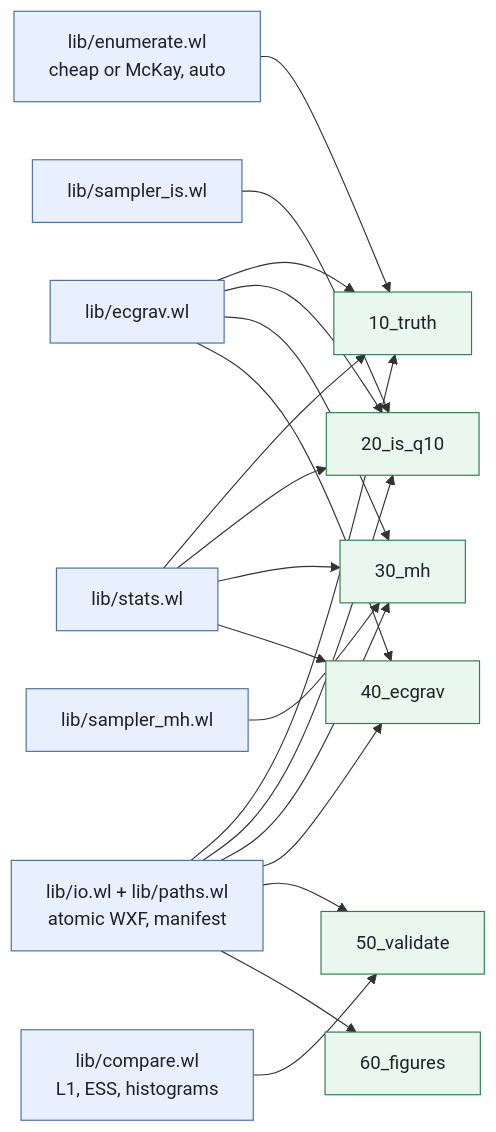
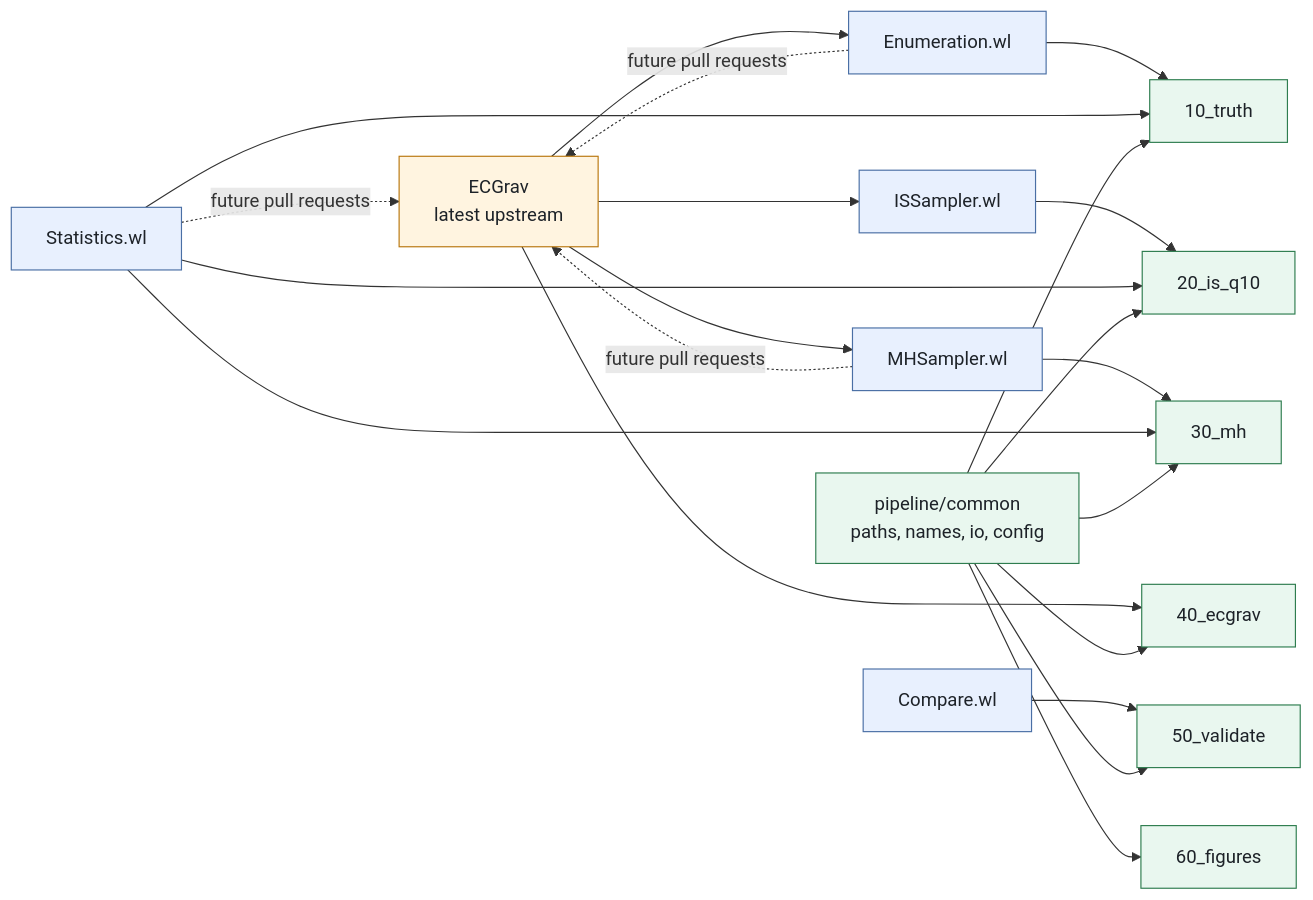
Before and after one commit to nraplee/CombResearch: the second of 3 diagrams in docs/architecture/ideal.md, drawn with Mermaid. The commit also changed other lines of this file and 4 other files, not shown here.

````diff
--- a/docs/architecture/ideal.md
+++ b/docs/architecture/ideal.md
@@ -78,28 +80,30 @@
 ```mermaid
 flowchart LR
+  classDef ecg fill:#fff4e0,stroke:#b9770e,color:#1d2228
   classDef lib fill:#e8f0fe,stroke:#4a6fa5,color:#1d2228
   classDef stage fill:#e9f7ef,stroke:#2e7d4f,color:#1d2228
 
-  LE["lib/ecgrav.wl"]:::lib
-  LEN["lib/enumerate.wl<br/>cheap or McKay, auto"]:::lib
-  LIS["lib/sampler_is.wl"]:::lib
-  LMH["lib/sampler_mh.wl"]:::lib
-  LS["lib/stats.wl"]:::lib
-  LIO["lib/io.wl + lib/paths.wl<br/>atomic WXF, manifest"]:::lib
-  LC["lib/compare.wl<br/>L1, ESS, histograms"]:::lib
+  ECG["ECGrav<br/>latest upstream"]:::ecg
+  EN["Enumeration.wl"]:::lib
+  ST["Statistics.wl"]:::lib
+  MH["MHSampler.wl"]:::lib
+  IS["ISSampler.wl"]:::lib
+  CP["Compare.wl"]:::lib
+  COM["pipeline/common<br/>paths, names, io, config"]:::stage
 
-  S1["10_truth"]:::stage
-  S2["20_is_q10"]:::stage
-  S3["30_mh"]:::stage
-  S4["40_ecgrav"]:::stage
-  S5["50_validate"]:::stage
-  S6["60_figures"]:::stage
+  T["10_truth"]:::stage
+  I["20_is_q10"]:::stage
+  M["30_mh"]:::stage
+  E["40_ecgrav"]:::stage
+  V["50_validate"]:::stage
+  F["60_figures"]:::stage
 
-  LEN --> S1
-  LIS --> S2
-  LMH --> S3
-  LE --> S1 & S2 & S3 & S4
-  LS --> S1 & S2 & S3 & S4
-  LIO --> S1 & S2 & S3 & S4 & S5 & S6
-  LC --> S5
+  ECG --> EN & MH & IS
+  ECG --> E
+  EN & ST --> T
+  IS & ST --> I
+  MH & ST --> M
+  CP --> V
+  COM --> T & I & M & E & V & F
+  EN & ST & MH -. "future pull requests" .-> ECG
 ```
````
